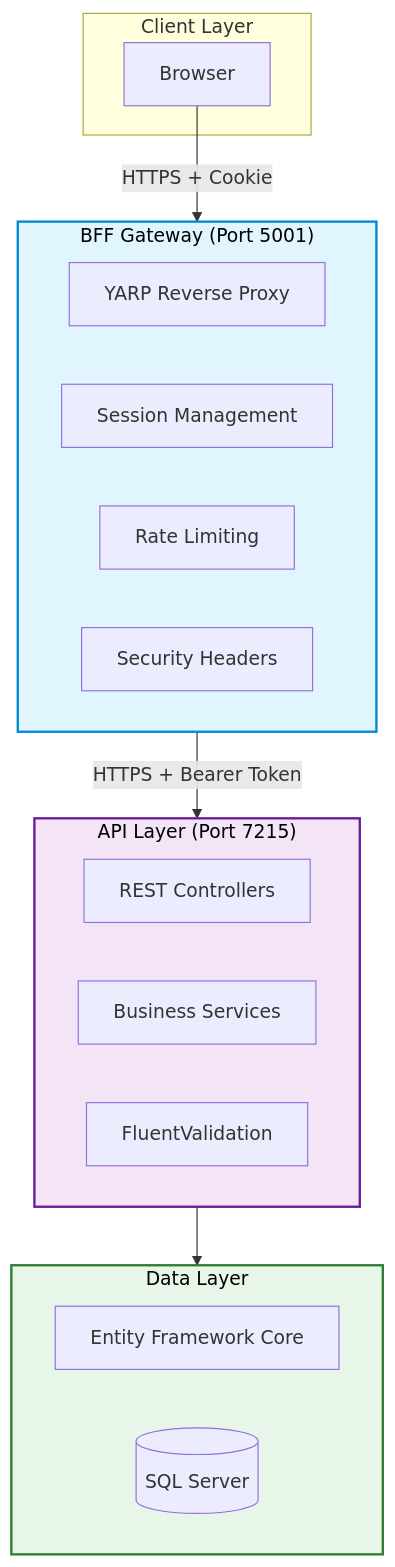
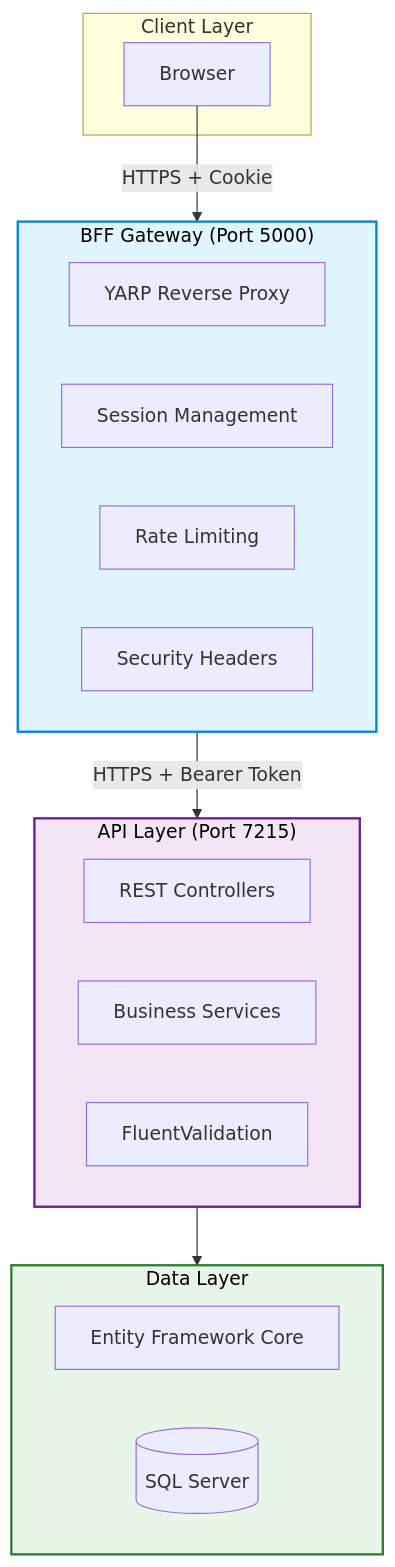
The first of 3 diagrams in backend/README.md (Gurgant/azurebank-v2), drawn with Mermaid before and after one commit. The commit also changed other lines of this file and 91 other files, not shown here.

````diff
--- a/backend/README.md
+++ b/backend/README.md
@@ -109,38 +107,38 @@
 ```mermaid
 flowchart TB
     subgraph Client["Client Layer"]
         Browser["Browser"]
     end
 
-    subgraph BFF["BFF Gateway (Port 5001)"]
+    subgraph BFF["BFF Gateway (Port 5000)"]
         YARP["YARP Reverse Proxy"]
         Session["Session Management"]
         RateLimit["Rate Limiting"]
         SecHeaders["Security Headers"]
     end
 
     subgraph API["API Layer (Port 7215)"]
         Controllers["REST Controllers"]
         Services["Business Services"]
         Validators["FluentValidation"]
     end
 
     subgraph Data["Data Layer"]
         EFCore["Entity Framework Core"]
         SQLServer[("SQL Server")]
     end
 
     Browser -->|"HTTPS + Cookie"| BFF
     BFF -->|"HTTPS + Bearer Token"| API
     API --> Data
 
     %% 🎨 STYLES
     classDef bffStyle fill:#e1f5fe,stroke:#0288d1,stroke-width:2px,color:#000;
     classDef apiStyle fill:#f3e5f5,stroke:#6a1b9a,stroke-width:2px,color:#000;
     classDef dataStyle fill:#e8f5e9,stroke:#2e7d32,stroke-width:2px,color:#000;
 
     class BFF bffStyle
     class API apiStyle
     class Data dataStyle
 
 ```
````
